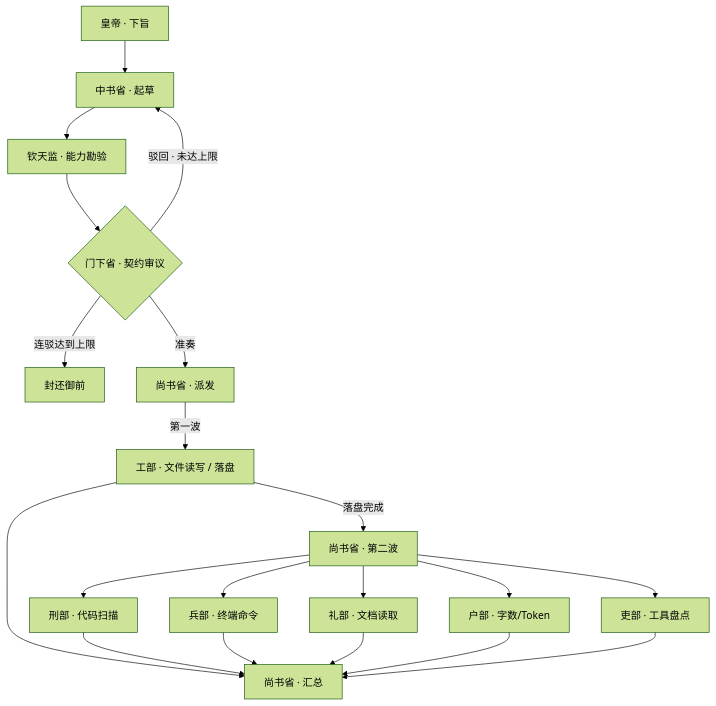
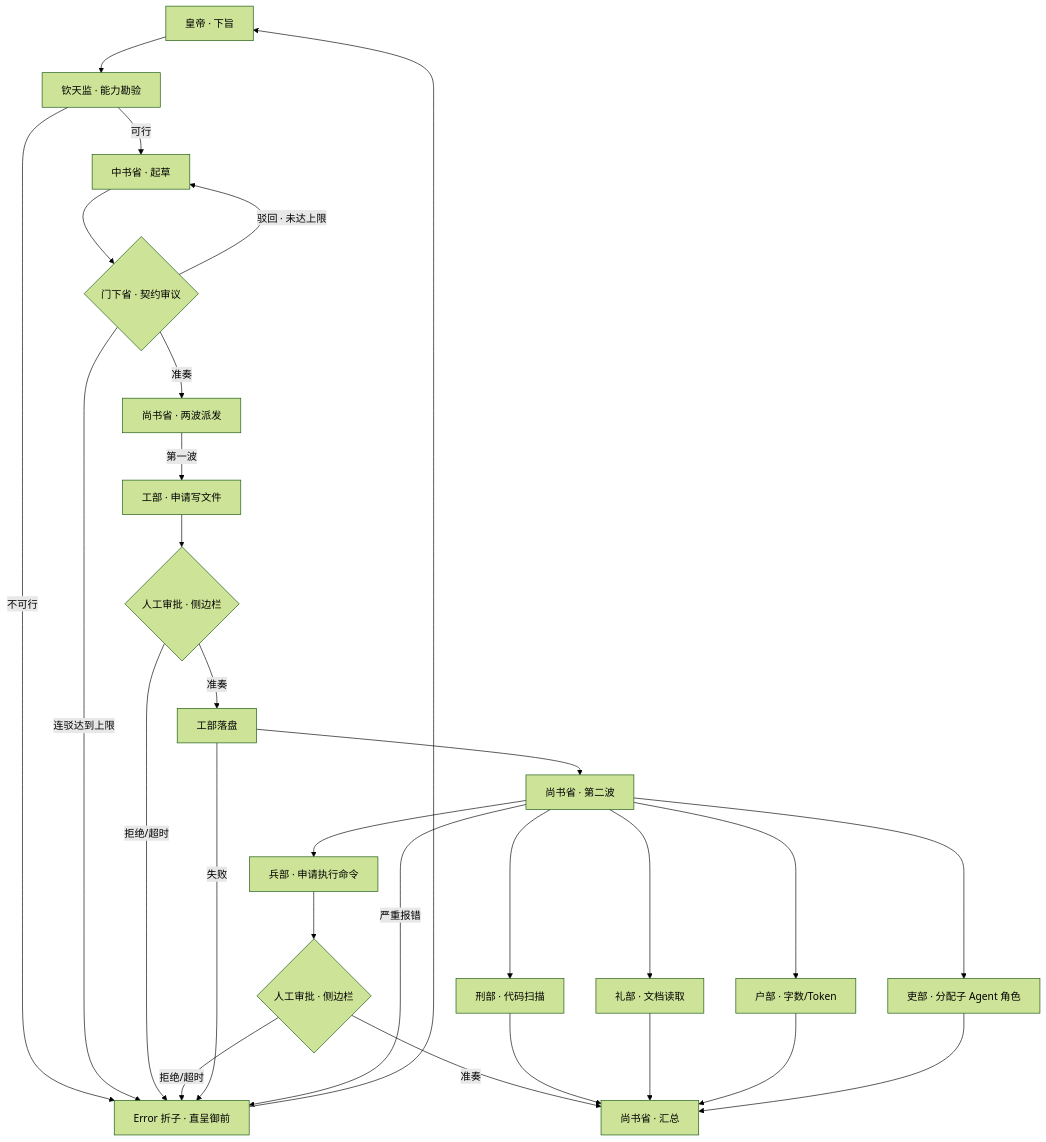
The diagram in README.md (LSwzx/dsh-tang-agent), drawn with Mermaid (forest theme) before and after one commit. The commit also changed other lines of this file and 7 other files, not shown here.

````diff
--- a/README.md
+++ b/README.md
@@ -18,22 +18,30 @@
 ```mermaid
 flowchart TD
-    E["皇帝 · 下旨"] --> Z["中书省 · 起草"]
-    Z --> Q["钦天监 · 能力勘验"]
-    Q --> M{"门下省 · 契约审议"}
+    E["皇帝 · 下旨"] --> Q["钦天监 · 能力勘验"]
+    Q -->|不可行| ERR["Error 折子 · 直呈御前"]
+    Q -->|可行| Z["中书省 · 起草"]
+    Z --> M{"门下省 · 契约审议"}
     M -->|驳回 · 未达上限| Z
-    M -->|连驳达到上限| ESC["封还御前"]
-    M -->|准奏| S["尚书省 · 派发"]
-    S -->|第一波| W["工部 · 文件读写 / 落盘"]
-    W -->|落盘完成| S2["尚书省 · 第二波"]
+    M -->|连驳达到上限| ERR
+    M -->|准奏| S["尚书省 · 两波派发"]
+    S -->|第一波| W["工部 · 申请写文件"]
+    W --> A{"人工审批 · 侧边栏"}
+    A -->|准奏| W2["工部落盘"]
+    A -->|拒绝/超时| ERR
+    W2 --> S2["尚书省 · 第二波"]
     S2 --> J["刑部 · 代码扫描"]
-    S2 --> B["兵部 · 终端命令"]
+    S2 --> B["兵部 · 申请执行命令"]
     S2 --> L["礼部 · 文档读取"]
     S2 --> R["户部 · 字数/Token"]
-    S2 --> P["吏部 · 工具盘点"]
-    W --> AGG["尚书省 · 汇总"]
+    S2 --> P["吏部 · 分配子 Agent 角色"]
+    B --> A2{"人工审批 · 侧边栏"}
+    A2 -->|准奏| AGG["尚书省 · 汇总"]
+    A2 -->|拒绝/超时| ERR
     J --> AGG
-    B --> AGG
     L --> AGG
     R --> AGG
     P --> AGG
+    W2 -->|失败| ERR
+    S2 -->|严重报错| ERR
+    ERR --> E
 ```
````
